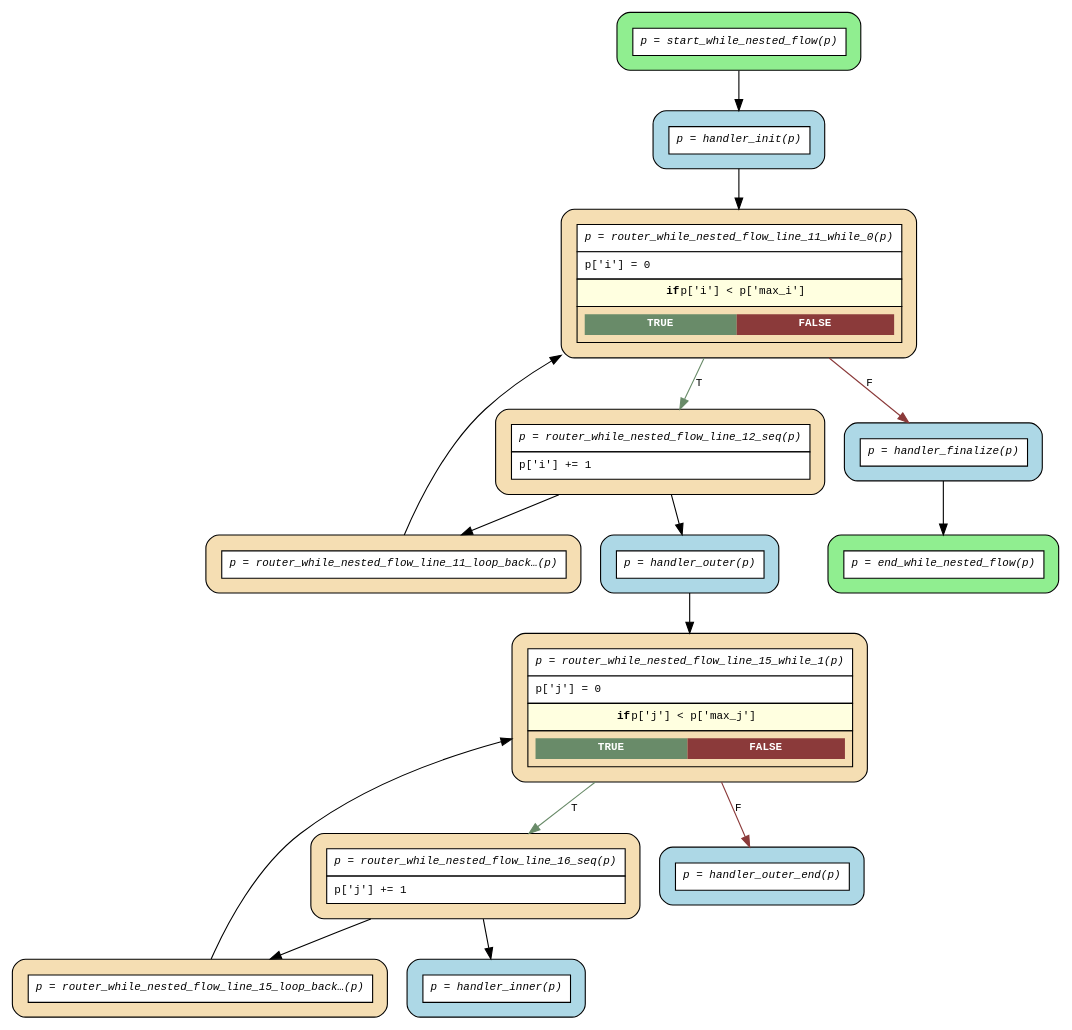
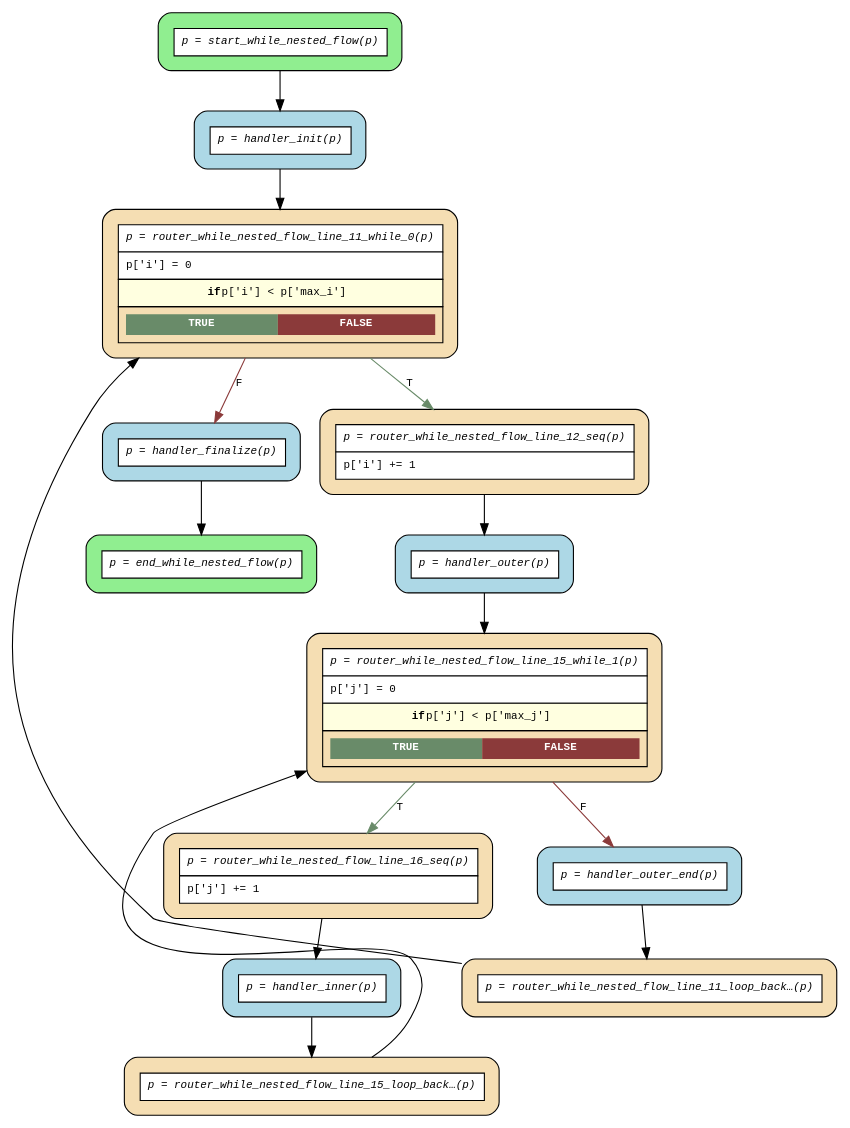
Before and after one commit to deliveryhero/asya: the diagram in examples/flows/compiled/while_nested/flow.dot, drawn with Graphviz. The commit also changed 29 other files, not shown here.

First line of the commit message:
fix(dotgen): connect while-loop body actors to loop_back router

```diff
--- a/examples/flows/compiled/while_nested/flow.dot
+++ b/examples/flows/compiled/while_nested/flow.dot
@@ -1,35 +1,35 @@
 digraph flow {
   rankdir=TB;
   graph [fontname="Courier", fontsize=10];
   node [fontname="Courier", fontsize=10, shape=box, style="filled,rounded", margin="0.2"];
   edge [fontname="Courier", fontsize=10];
 
   start_while_nested_flow [fillcolor="lightgreen", label=<<table border="0" cellspacing="0" cellpadding="6" cellborder="1"><tr><td bgcolor="white" align="center"><i>p = start_while_nested_flow(p)</i></td></tr></table>>];
   router_while_nested_flow_line_16_seq [fillcolor="wheat", label=<<table border="0" cellspacing="0" cellpadding="6" cellborder="1"><tr><td bgcolor="white" align="center"><i>p = router_while_nested_flow_line_16_seq(p)</i></td></tr><tr><td bgcolor="white" align="left">p['j'] += 1</td></tr></table>>];
   router_while_nested_flow_line_15_loop_back_1 [fillcolor="wheat", label=<<table border="0" cellspacing="0" cellpadding="6" cellborder="1"><tr><td bgcolor="white" align="center"><i>p = router_while_nested_flow_line_15_loop_back…(p)</i></td></tr></table>>];
   router_while_nested_flow_line_15_while_1 [fillcolor="wheat", label=<<table border="0" cellspacing="0" cellpadding="6" cellborder="1"><tr><td bgcolor="white" align="center"><i>p = router_while_nested_flow_line_15_while_1(p)</i></td></tr><tr><td bgcolor="white" align="left">p['j'] = 0</td></tr><tr><td bgcolor="lightyellow"><b>if</b> p['j'] &lt; p['max_j']</td></tr><tr><td><table border="0" cellspacing="0" cellpadding="4"><tr><td bgcolor="darkseagreen4"><font color="white"><b>TRUE</b></font></td><td bgcolor="indianred4"><font color="white"><b>FALSE</b></font></td></tr></table></td></tr></table>>];
   router_while_nested_flow_line_12_seq [fillcolor="wheat", label=<<table border="0" cellspacing="0" cellpadding="6" cellborder="1"><tr><td bgcolor="white" align="center"><i>p = router_while_nested_flow_line_12_seq(p)</i></td></tr><tr><td bgcolor="white" align="left">p['i'] += 1</td></tr></table>>];
   router_while_nested_flow_line_11_loop_back_0 [fillcolor="wheat", label=<<table border="0" cellspacing="0" cellpadding="6" cellborder="1"><tr><td bgcolor="white" align="center"><i>p = router_while_nested_flow_line_11_loop_back…(p)</i></td></tr></table>>];
   router_while_nested_flow_line_11_while_0 [fillcolor="wheat", label=<<table border="0" cellspacing="0" cellpadding="6" cellborder="1"><tr><td bgcolor="white" align="center"><i>p = router_while_nested_flow_line_11_while_0(p)</i></td></tr><tr><td bgcolor="white" align="left">p['i'] = 0</td></tr><tr><td bgcolor="lightyellow"><b>if</b> p['i'] &lt; p['max_i']</td></tr><tr><td><table border="0" cellspacing="0" cellpadding="4"><tr><td bgcolor="darkseagreen4"><font color="white"><b>TRUE</b></font></td><td bgcolor="indianred4"><font color="white"><b>FALSE</b></font></td></tr></table></td></tr></table>>];
   end_while_nested_flow [fillcolor="lightgreen", label=<<table border="0" cellspacing="0" cellpadding="6" cellborder="1"><tr><td bgcolor="white" align="center"><i>p = end_while_nested_flow(p)</i></td></tr></table>>];
   handler_finalize [fillcolor="lightblue", label=<<table border="0" cellspacing="0" cellpadding="6" cellborder="1"><tr><td bgcolor="white" align="center"><i>p = handler_finalize(p)</i></td></tr></table>>];
   handler_init [fillcolor="lightblue", label=<<table border="0" cellspacing="0" cellpadding="6" cellborder="1"><tr><td bgcolor="white" align="center"><i>p = handler_init(p)</i></td></tr></table>>];
   handler_inner [fillcolor="lightblue", label=<<table border="0" cellspacing="0" cellpadding="6" cellborder="1"><tr><td bgcolor="white" align="center"><i>p = handler_inner(p)</i></td></tr></table>>];
   handler_outer [fillcolor="lightblue", label=<<table border="0" cellspacing="0" cellpadding="6" cellborder="1"><tr><td bgcolor="white" align="center"><i>p = handler_outer(p)</i></td></tr></table>>];
   handler_outer_end [fillcolor="lightblue", label=<<table border="0" cellspacing="0" cellpadding="6" cellborder="1"><tr><td bgcolor="white" align="center"><i>p = handler_outer_end(p)</i></td></tr></table>>];
 
   handler_finalize -> end_while_nested_flow;
   handler_init -> router_while_nested_flow_line_11_while_0;
+  handler_inner -> router_while_nested_flow_line_15_loop_back_1;
   handler_outer -> router_while_nested_flow_line_15_while_1;
+  handler_outer_end -> router_while_nested_flow_line_11_loop_back_0;
   router_while_nested_flow_line_11_loop_back_0 -> router_while_nested_flow_line_11_while_0 [constraint=false];
   router_while_nested_flow_line_11_while_0 -> handler_finalize [label="F", color=indianred4];
   router_while_nested_flow_line_11_while_0 -> router_while_nested_flow_line_12_seq [label="T", color=darkseagreen4];
   router_while_nested_flow_line_12_seq -> handler_outer;
-  router_while_nested_flow_line_12_seq -> router_while_nested_flow_line_11_loop_back_0;
   router_while_nested_flow_line_15_loop_back_1 -> router_while_nested_flow_line_15_while_1 [constraint=false];
   router_while_nested_flow_line_15_while_1 -> handler_outer_end [label="F", color=indianred4];
   router_while_nested_flow_line_15_while_1 -> router_while_nested_flow_line_16_seq [label="T", color=darkseagreen4];
   router_while_nested_flow_line_16_seq -> handler_inner;
-  router_while_nested_flow_line_16_seq -> router_while_nested_flow_line_15_loop_back_1;
   start_while_nested_flow -> handler_init;
 }
```
